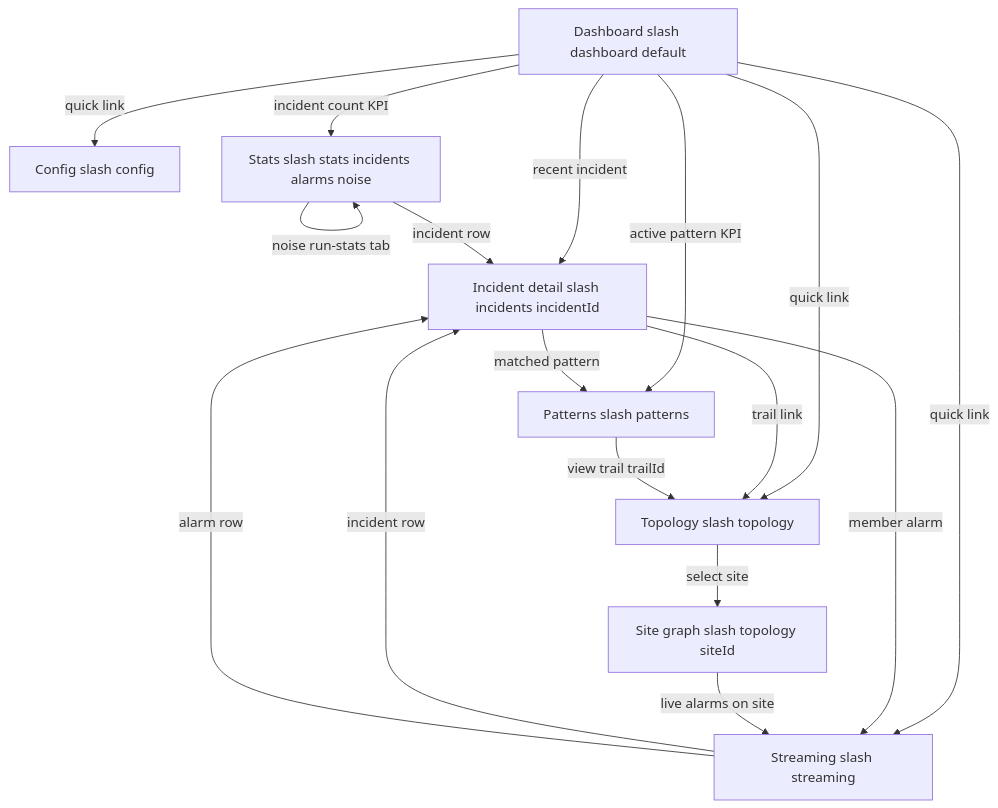
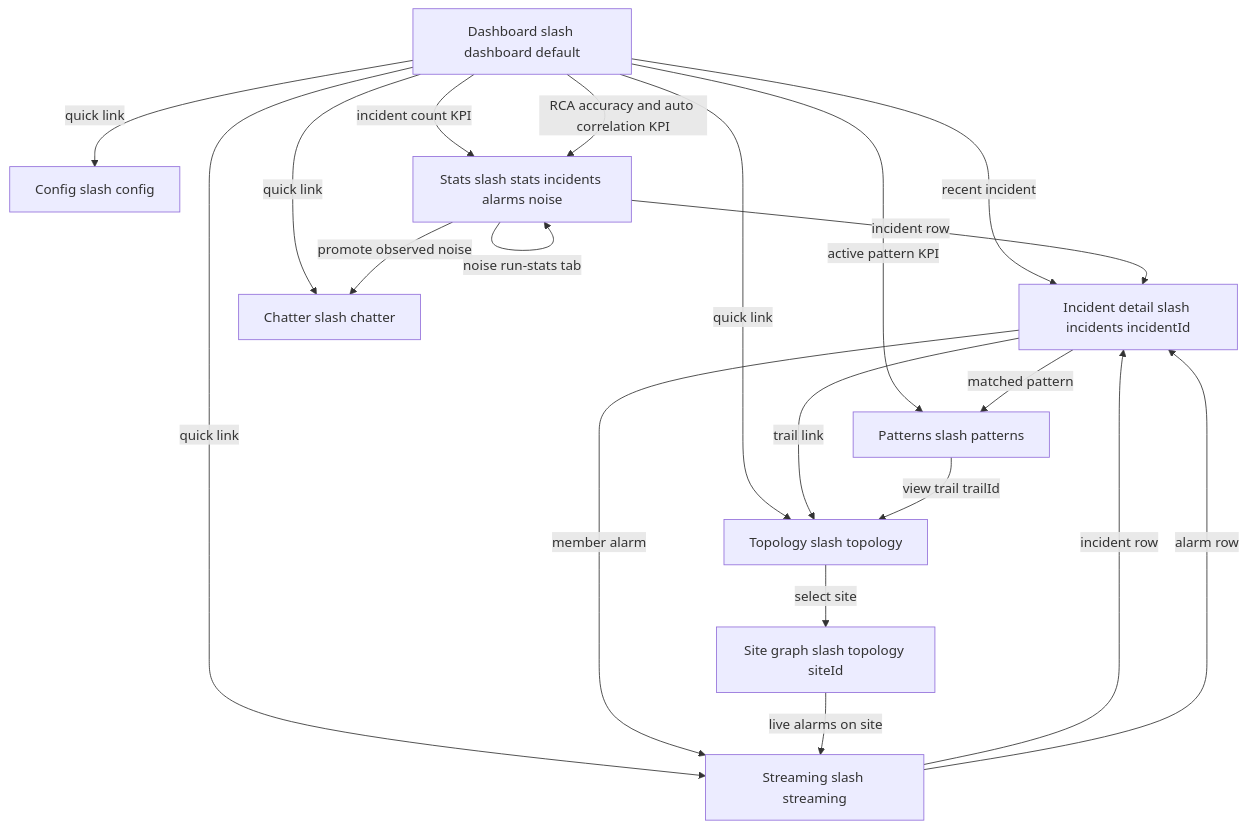
One commit to nikhilmohan/correlation-platform changed diagram 15 of 15 in services/web-ui/design.md. Above: the diagram before and after it, drawn with Mermaid. The commit also changed other lines of this file, not shown here.

````diff
--- a/services/web-ui/design.md
+++ b/services/web-ui/design.md
@@ -1217,27 +1563,31 @@
 ```mermaid
 flowchart TD
   Dash[Dashboard slash dashboard default]
   Stream[Streaming slash streaming]
   Topo[Topology slash topology]
   Site[Site graph slash topology siteId]
   Pat[Patterns slash patterns]
   Inc[Incident detail slash incidents incidentId]
   Cfg[Config slash config]
   Stats[Stats slash stats incidents alarms noise]
+  Chat[Chatter slash chatter]
   Dash -->|incident count KPI| Stats
   Dash -->|active pattern KPI| Pat
   Dash -->|recent incident| Inc
+  Dash -->|RCA accuracy and auto correlation KPI| Stats
   Dash -->|quick link| Stream
   Dash -->|quick link| Topo
+  Dash -->|quick link| Chat
   Dash -->|quick link| Cfg
   Stats -->|incident row| Inc
   Stream -->|incident row| Inc
   Stream -->|alarm row| Inc
   Inc -->|member alarm| Stream
   Inc -->|matched pattern| Pat
   Inc -->|trail link| Topo
   Pat -->|view trail trailId| Topo
   Topo -->|select site| Site
   Site -->|live alarms on site| Stream
   Stats -->|noise run-stats tab| Stats
+  Stats -->|promote observed noise| Chat
 ```
````
